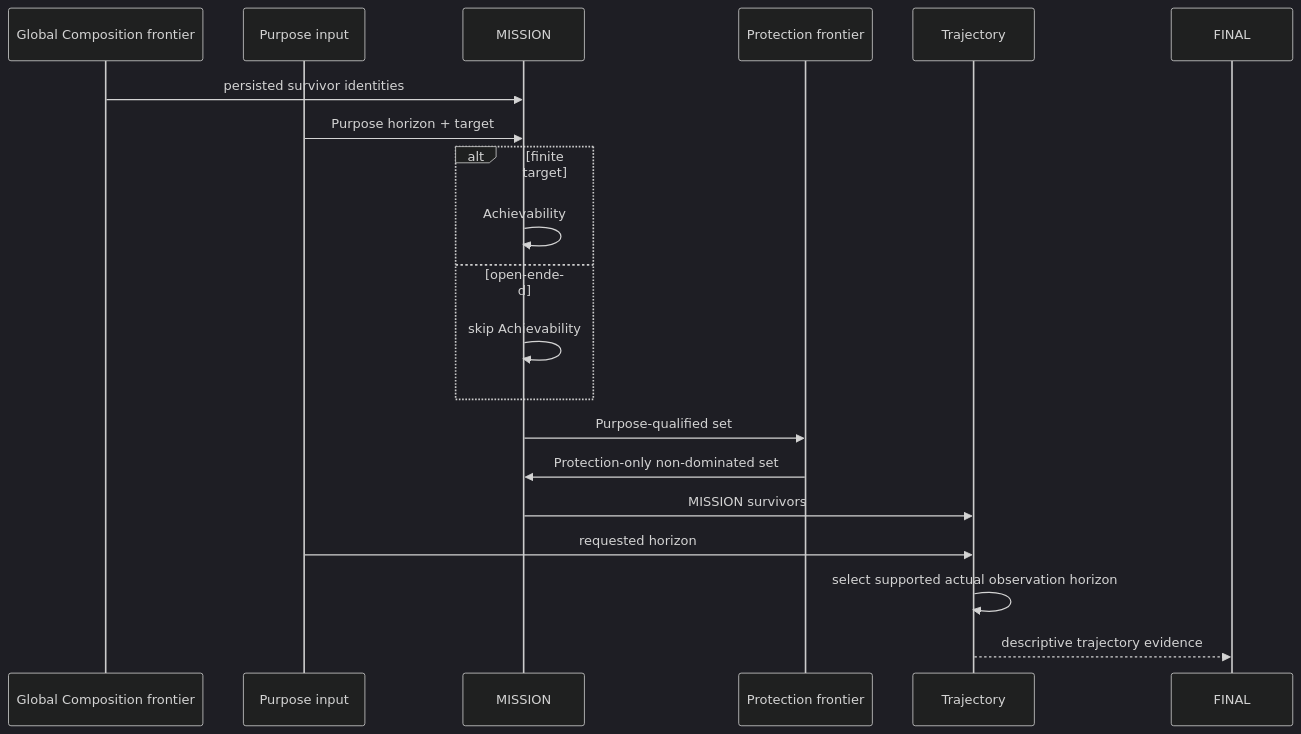
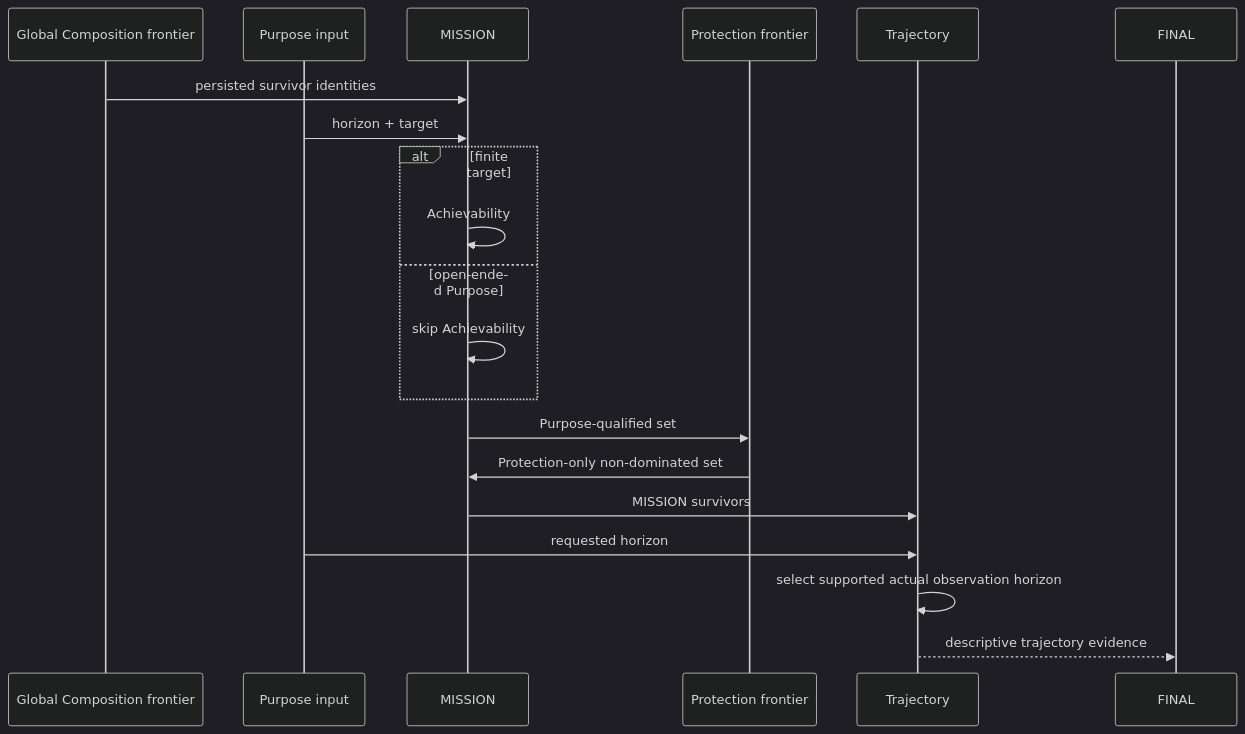
The seventh of 13 diagrams in docs/Lakshya_Pipeline_Sequence.md (rrajeshkannan/lakshya), drawn with Mermaid (dark theme) before and after one commit. The commit also changed other lines of this file, not shown here.

Commit message:
Align pipeline sequence with LPS LFS LTS

````diff
--- a/docs/Lakshya_Pipeline_Sequence.md
+++ b/docs/Lakshya_Pipeline_Sequence.md
@@ -252,23 +341,23 @@
 ```mermaid
 sequenceDiagram
     participant Global as Global Composition frontier
     participant Purpose as Purpose input
     participant Mission as MISSION
     participant Protection as Protection frontier
     participant Trajectory as Trajectory
     participant Final as FINAL
 
     Global->>Mission: persisted survivor identities
-    Purpose->>Mission: Purpose horizon + target
+    Purpose->>Mission: horizon + target
     alt finite target
         Mission->>Mission: Achievability
-    else open-ended
+    else open-ended Purpose
         Mission->>Mission: skip Achievability
     end
     Mission->>Protection: Purpose-qualified set
     Protection->>Mission: Protection-only non-dominated set
     Mission->>Trajectory: MISSION survivors
     Purpose->>Trajectory: requested horizon
     Trajectory->>Trajectory: select supported actual observation horizon
     Trajectory-->>Final: descriptive trajectory evidence
 ```
````
